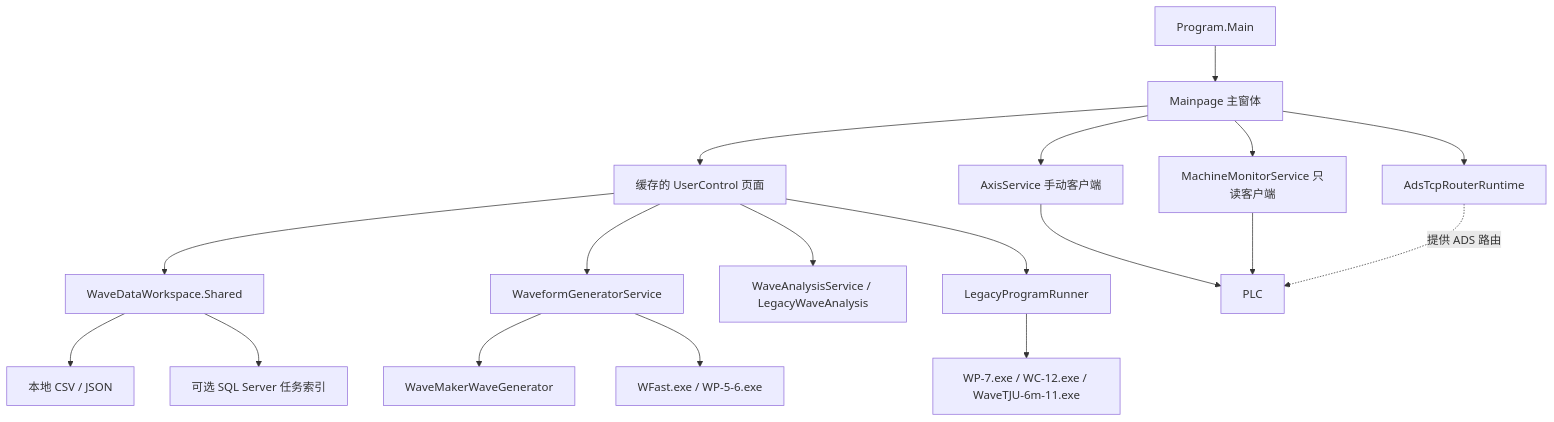
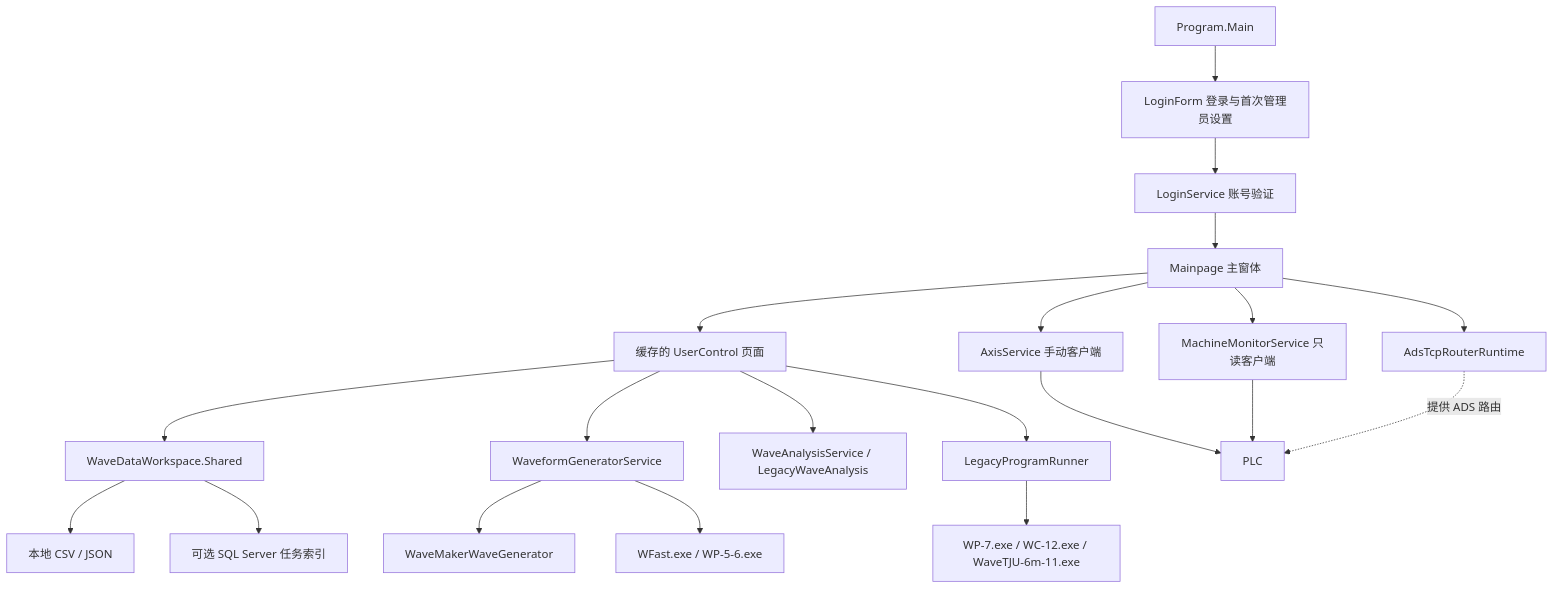
One commit to zetajing/Page-switching changed the diagram in docs/整个项目代码讲解.md. Above: the diagram before and after it, drawn with Mermaid. The commit also changed other lines of this file and 16 other files, not shown here.

````diff
--- a/docs/整个项目代码讲解.md
+++ b/docs/整个项目代码讲解.md
@@ -45,20 +45,22 @@
 ```mermaid
 flowchart TD
-    Entry[Program.Main] --> Main[Mainpage 主窗体]
+    Entry[Program.Main] --> Login[LoginForm 登录与首次管理员设置]
+    Login --> Auth[LoginService 账号验证]
+    Auth --> Main[Mainpage 主窗体]
     Main --> Pages[缓存的 UserControl 页面]
     Main --> Router[AdsTcpRouterRuntime]
     Main --> Axis[AxisService 手动客户端]
     Main --> Monitor[MachineMonitorService 只读客户端]
     Pages --> Workspace[WaveDataWorkspace.Shared]
     Pages --> Generation[WaveformGeneratorService]
     Pages --> Analysis[WaveAnalysisService / LegacyWaveAnalysis]
     Pages --> Legacy[LegacyProgramRunner]
     Axis --> PLC[PLC]
     Monitor --> PLC
     Router -. 提供 ADS 路由 .-> PLC
     Workspace --> Files[本地 CSV / JSON]
     Workspace --> DB[可选 SQL Server 任务索引]
     Generation --> BuiltIn[WaveMakerWaveGenerator]
     Generation --> EXE[WFast.exe / WP-5-6.exe]
     Legacy --> OldEXE[WP-7.exe / WC-12.exe / WaveTJU-6m-11.exe]
 ```
````
